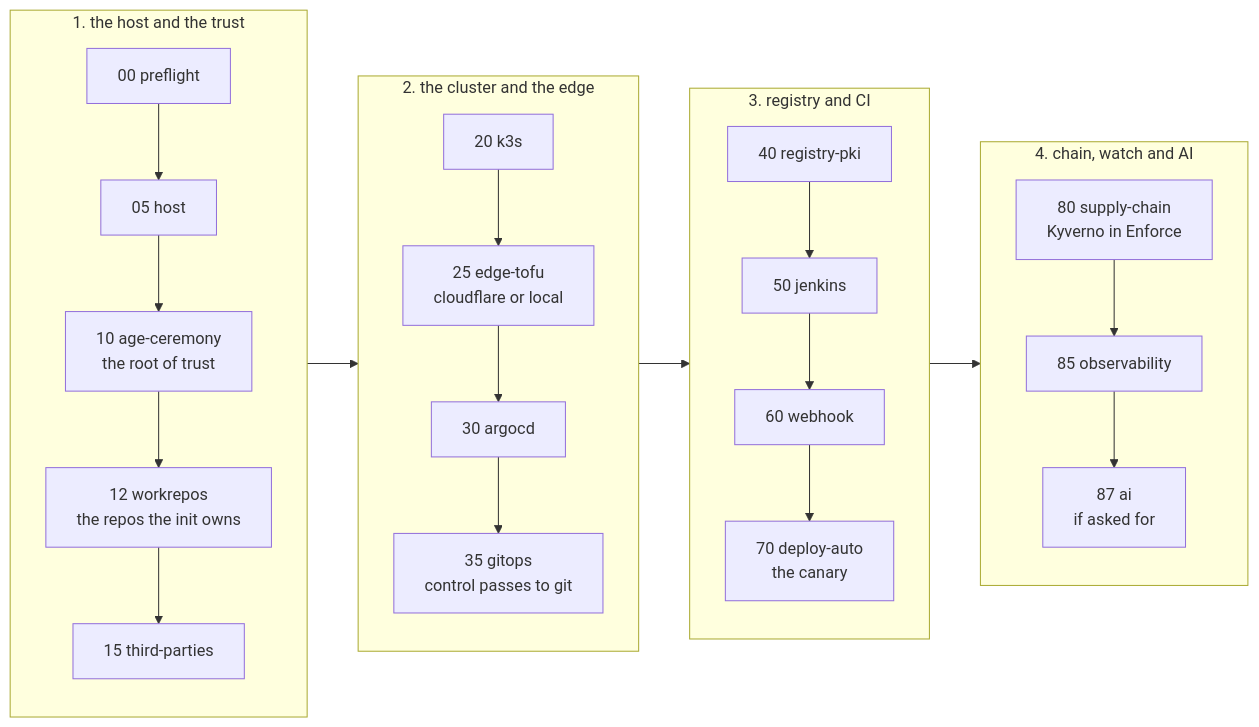
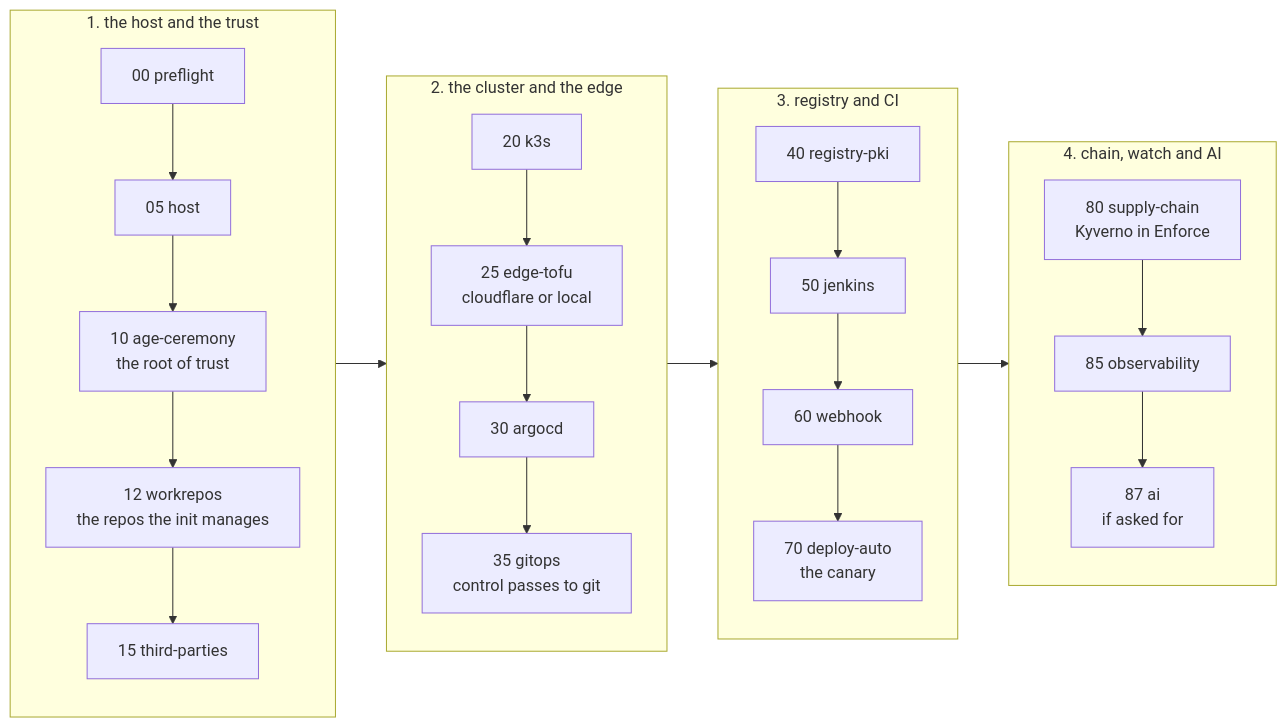
One commit to MEMEMEMEMEMEMEDev/aegis-infra changed the first of 2 diagrams in README.en.md. Above: the diagram before and after it, drawn with Mermaid. The commit also changed other lines of this file and 5 other files, not shown here.

````diff
--- a/README.en.md
+++ b/README.en.md
@@ -203,20 +354,20 @@
 ```mermaid
 flowchart LR
     subgraph A["1. the host and the trust"]
         direction TB
-        a0["00 preflight"] --> a1["05 host"] --> a2["10 age-ceremony<br/>the root of trust"] --> a3["12 workrepos<br/>the repos the init owns"] --> a4["15 third-parties"]
+        a0["00 preflight"] --> a1["05 host"] --> a2["10 age-ceremony<br/>the root of trust"] --> a3["12 workrepos<br/>the repos the init manages"] --> a4["15 third-parties"]
     end
     subgraph B["2. the cluster and the edge"]
         direction TB
         b0["20 k3s"] --> b1["25 edge-tofu<br/>cloudflare or local"] --> b2["30 argocd"] --> b3["35 gitops<br/>control passes to git"]
     end
     subgraph C["3. registry and CI"]
         direction TB
         c0["40 registry-pki"] --> c1["50 jenkins"] --> c2["60 webhook"] --> c3["70 deploy-auto<br/>the canary"]
     end
     subgraph D["4. chain, watch and AI"]
         direction TB
         d0["80 supply-chain<br/>Kyverno in Enforce"] --> d1["85 observability"] --> d2["87 ai<br/>if asked for"]
     end
     A --> B --> C --> D
 ```
````
